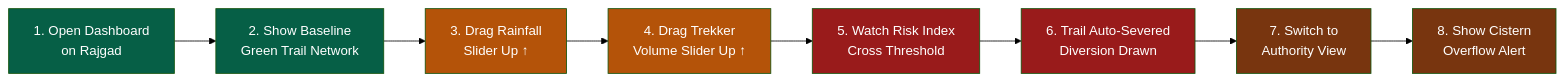
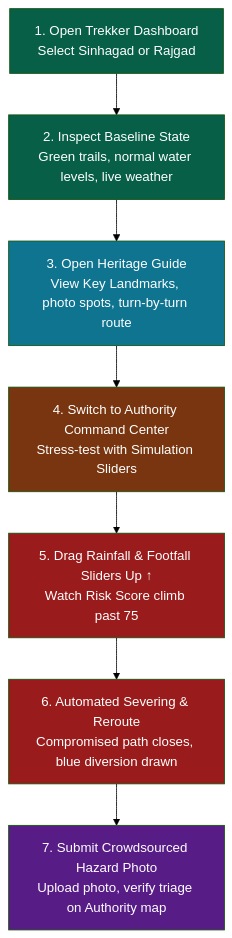
One commit to Ashutoshmore24/FortFlux changed the second of 2 diagrams in README.md. Above: the diagram before and after it, drawn with Mermaid (forest theme). The commit also changed other lines of this file, not shown here.

````diff
--- a/README.md
+++ b/README.md
@@ -323,19 +478,17 @@
 ```mermaid
-graph LR
-    A["1. Open Dashboard<br/>on Rajgad"] --> B["2. Show Baseline<br/>Green Trail Network"]
-    B --> C["3. Drag Rainfall<br/>Slider Up ↑"]
-    C --> D["4. Drag Trekker<br/>Volume Slider Up ↑"]
-    D --> E["5. Watch Risk Index<br/>Cross Threshold"]
-    E --> F["6. Trail Auto-Severed<br/>Diversion Drawn"]
-    F --> G["7. Switch to<br/>Authority View"]
-    G --> H["8. Show Cistern<br/>Overflow Alert"]
+graph TD
+    A["1. Open Trekker Dashboard<br/>Select Sinhagad or Rajgad"] --> B["2. Inspect Baseline State<br/>Green trails, normal water levels, live weather"]
+    B --> C["3. Open Heritage Guide<br/>View Key Landmarks, photo spots, turn-by-turn route"]
+    C --> D["4. Switch to Authority Command Center<br/>Stress-test with Simulation Sliders"]
+    D --> E["5. Drag Rainfall & Footfall Sliders Up ↑<br/>Watch Risk Score climb past 75"]
+    E --> F["6. Automated Severing & Reroute<br/>Compromised path closes, blue diversion drawn"]
+    F --> G["7. Submit Crowdsourced Hazard Photo<br/>Upload photo, verify triage on Authority map"]
 
     style A fill:#065f46,color:#fff
     style B fill:#065f46,color:#fff
-    style C fill:#b45309,color:#fff
-    style D fill:#b45309,color:#fff
+    style C fill:#0e7490,color:#fff
+    style D fill:#78350f,color:#fff
     style E fill:#991b1b,color:#fff
     style F fill:#991b1b,color:#fff
-    style G fill:#78350f,color:#fff
-    style H fill:#78350f,color:#fff
+    style G fill:#581c87,color:#fff
 ```
````
